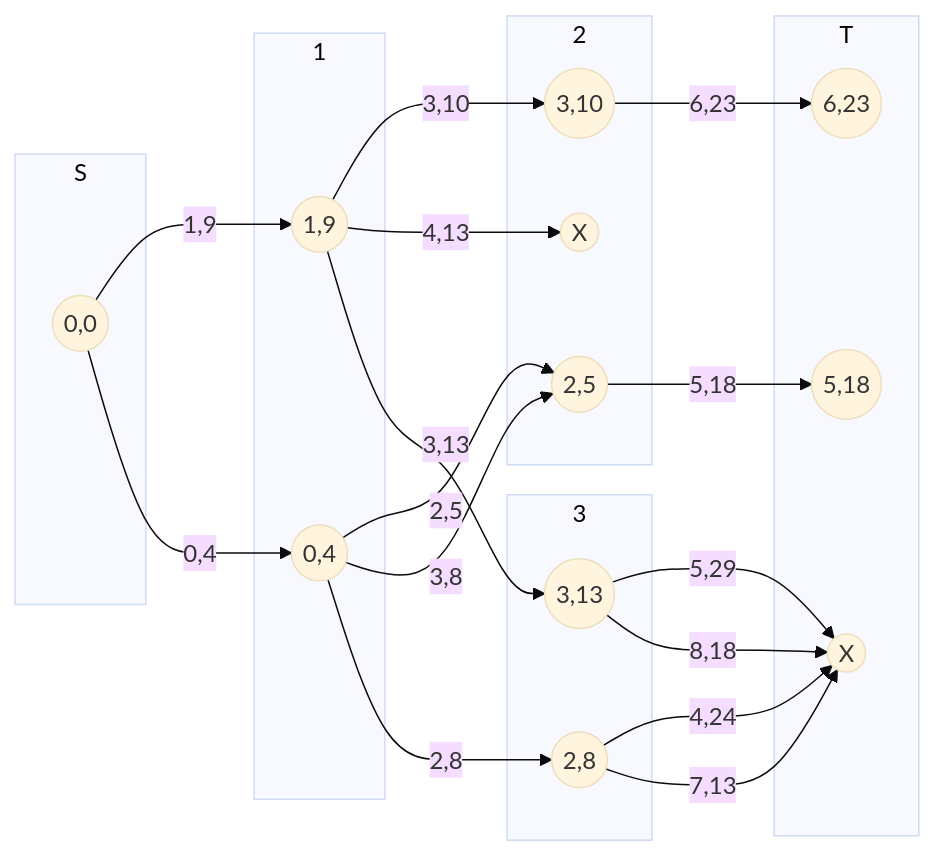
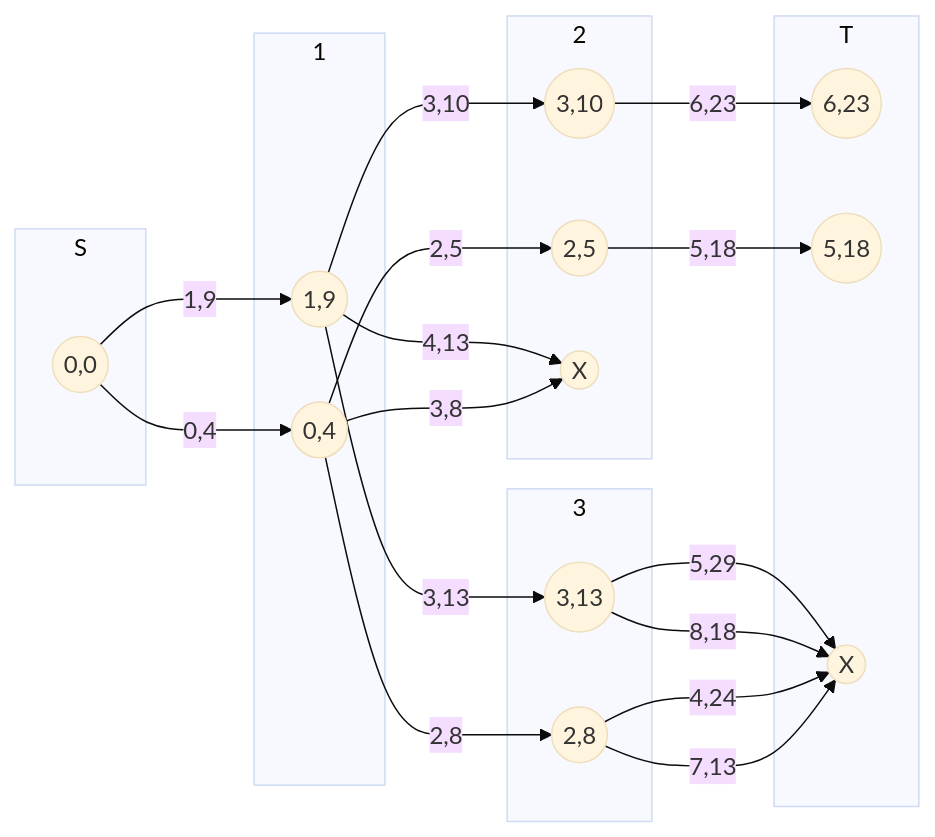
Before and after one commit to BartelNieuwenhuyse/constrained-shortest-path: the second of 6 diagrams in docs/CSP/examples/Labeling-DFS.md, drawn with Mermaid (base theme). The commit also changed other lines of this file and 4 other files, not shown here.

````diff
--- a/docs/CSP/examples/Labeling-DFS.md
+++ b/docs/CSP/examples/Labeling-DFS.md
@@ -39,41 +39,41 @@
 ```mermaid
 flowchart LR
   %% Nodes and there non-dominated set
   subgraph S
   S_1((0,0))
   end
   subgraph 1
   N1_1((1,9))
   N1_2((0,4))
   end
   subgraph 2
   N2_1((3,10))
   N2_2((2,5))
   X2((X))
   end
   subgraph 3
   N3_1((3,13))
   N3_2((2,8))
   end
   subgraph T
   T_1((6,23))
   T_2((5,18))
   XT((X))
   end
 
   %% Labels
   S_1 -->|1,9| N1_1
   N1_1 -->|3,10| N2_1
   N2_1 -->|6,23| T_1
   N1_1 -->|4,13| X2
   N1_1 -->|3,13| N3_1
   N3_1 -->|5,29| XT
   N3_1 -->|8,18| XT
   S_1 -->|0,4| N1_2
   N1_2 -->|2,5| N2_2
   N2_2 -->|5,18| T_2
-  N1_2 -->|3,8| N2_2
+  N1_2 -->|3,8| X2
   N1_2-->|2,8| N3_2
   N3_2 -->|4,24| XT
-  N3_2 -->|7,13| XT  
+  N3_2 -->|7,13| XT
 ```
````
